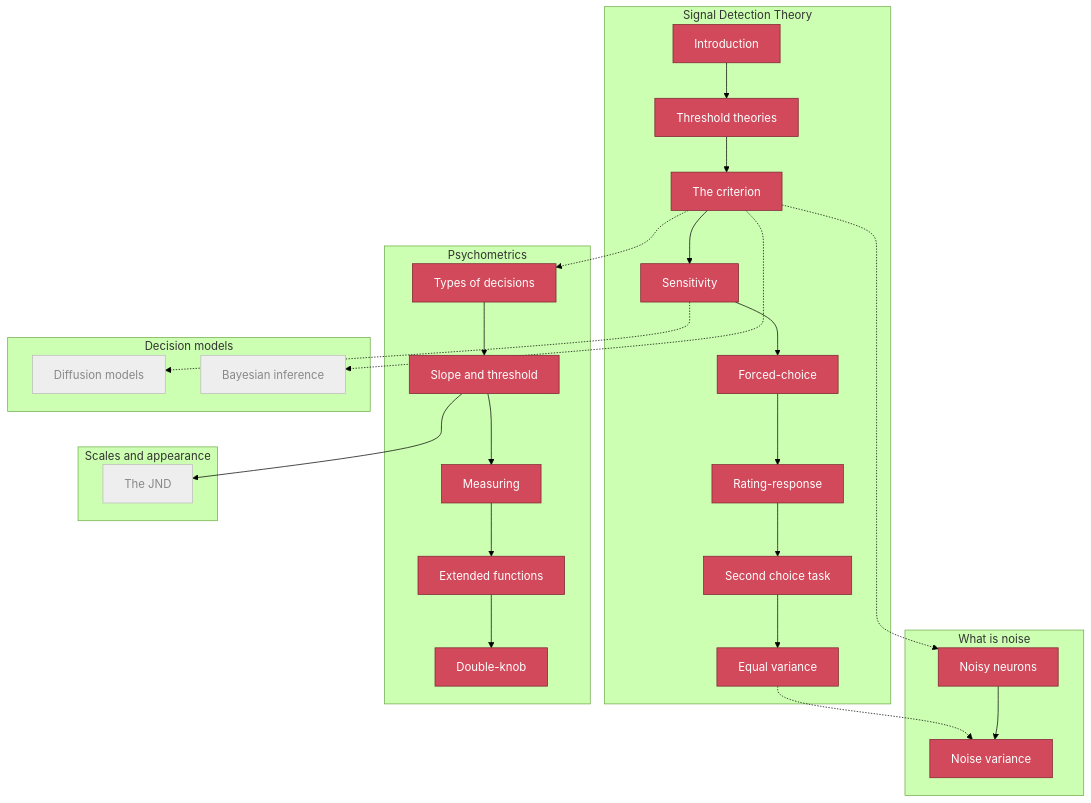
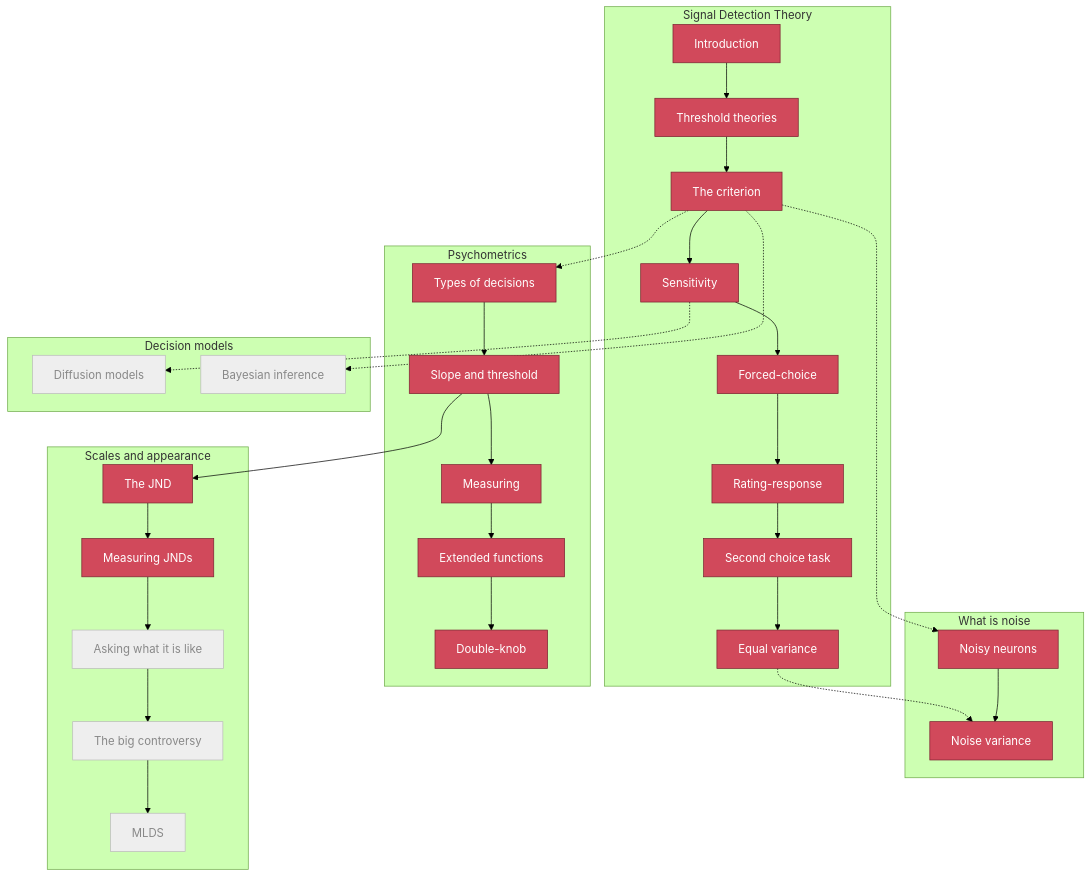
One commit to tbalsdon/psychophysical-choose-your-own-adventure changed the diagram in sitemap.md. Above: the diagram before and after it, drawn with Mermaid (forest theme). The commit also changed 6 other files, not shown here.

First line of the commit message:
Start Section 3 (Scales & appearance): landing, JND, measuring JNDs

````diff
--- a/sitemap.md
+++ b/sitemap.md
@@ -12,66 +12,73 @@
 ```{mermaid}
 flowchart TD
     subgraph SDT [Signal Detection Theory]
         a[Introduction]
         b[Threshold theories]
         d[The criterion]
         e[Sensitivity]
         f[Forced-choice]
         g[Rating-response]
         h[Second choice task]
         i[Equal variance]
     end
 
     subgraph NOISE [What is noise]
         nn[Noisy neurons]
         nv[Noise variance]
     end
 
     subgraph PSY [Psychometrics]
         pdec[Types of decisions]
         pst[Slope and threshold]
         pme[Measuring]
         pex[Extended functions]
         pdk[Double-knob]
     end
 
     subgraph SCALE [Scales and appearance]
-        s1[The JND]
+        sjnd[The JND]
+        sst[Measuring JNDs]
+        sask[Asking what it is like]
+        sctrl[The big controversy]
+        smlds[MLDS]
     end
 
     subgraph DM [Decision models]
         dm1[Diffusion models]
         dm2[Bayesian inference]
     end
 
     a --> b --> d --> e --> f --> g --> h --> i
     d -.-> nn
     i -.-> nv
     nn --> nv
     d -.-> pdec
     pdec --> pst --> pme --> pex --> pdk
-    pst --> s1
+    pst --> sjnd
+    sjnd --> sst --> sask --> sctrl --> smlds
     e -.-> dm1
     d -.-> dm2
 
     classDef done fill:#d1495b,stroke:#7a2230,color:#fff;
     classDef todo fill:#eee,stroke:#bbb,color:#888;
-    class a,b,d,e,f,g,h,i,nn,nv,pdec,pst,pme,pex,pdk done;
-    class s1,dm1,dm2 todo;
+    class a,b,d,e,f,g,h,i,nn,nv,pdec,pst,pme,pex,pdk,sjnd,sst done;
+    class sask,sctrl,smlds,dm1,dm2 todo;
 
     click a "../modules/sdt-intro"
     click b "../modules/sdt-threshold-theories"
     click d "../modules/sdt-criterion"
     click e "../modules/sdt-sensitivity"
     click f "../modules/sdt-forced-choice"
     click g "../modules/sdt-rating-response"
     click h "../modules/sdt-second-choice"
     click i "../modules/sdt-equal-variance"
     click nn "../modules/noise-noisy-neurons"
     click nv "../modules/noise-variance"
     click pdec "../modules/psy-decisions"
     click pst "../modules/psy-slope-threshold-bias"
     click pme "../modules/psy-measuring"
     click pex "../modules/psy-extended"
     click pdk "../modules/psy-double-knob"
+    click sjnd "../modules/scales-jnd"
+    click sst "../modules/scales-staircase"
 ```
````
